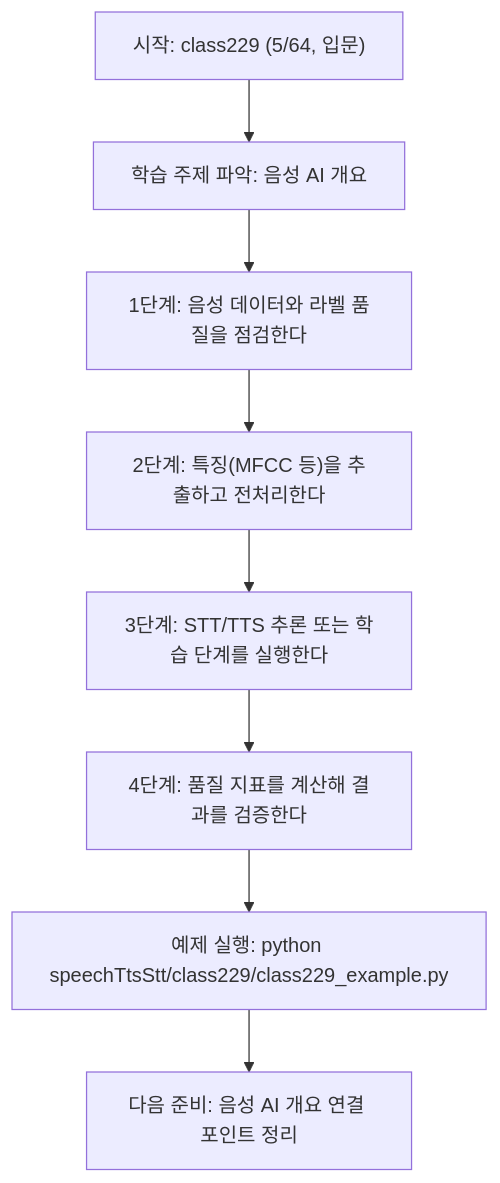
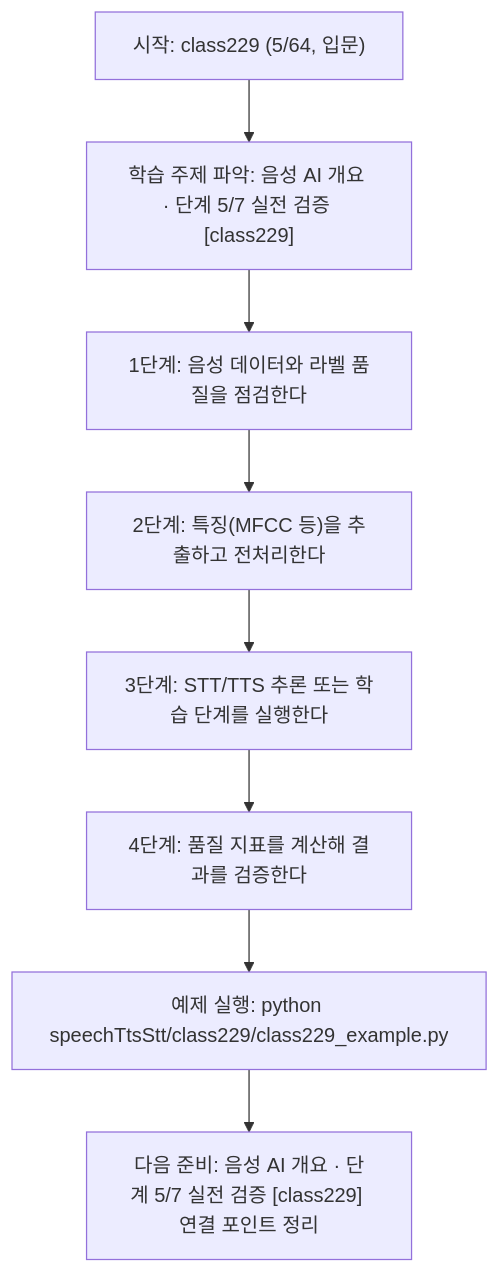
The diagram in speechTtsStt/class229/class229.md (edumgt/Python-AI_Agent-Class), drawn with Mermaid before and after one commit. The commit also changed other lines of this file and 522 other files, not shown here.

````diff
--- a/speechTtsStt/class229/class229.md
+++ b/speechTtsStt/class229/class229.md
@@ -113,18 +114,18 @@
 ```mermaid
 flowchart TD
 N1["시작: class229 (5/64, 입문)"]
-N2["학습 주제 파악: 음성 AI 개요"]
+N2["학습 주제 파악: 음성 AI 개요 · 단계 5/7 실전 검증 [class229]"]
 N3["1단계: 음성 데이터와 라벨 품질을 점검한다"]
 N4["2단계: 특징(MFCC 등)을 추출하고 전처리한다"]
 N5["3단계: STT/TTS 추론 또는 학습 단계를 실행한다"]
 N6["4단계: 품질 지표를 계산해 결과를 검증한다"]
 N7["예제 실행: python speechTtsStt/class229/class229_example.py"]
-N8["다음 준비: 음성 AI 개요 연결 포인트 정리"]
+N8["다음 준비: 음성 AI 개요 · 단계 5/7 실전 검증 [class229] 연결 포인트 정리"]
 N1 --> N2
 N2 --> N3
 N3 --> N4
 N4 --> N5
 N5 --> N6
 N6 --> N7
 N7 --> N8
 ```
````
